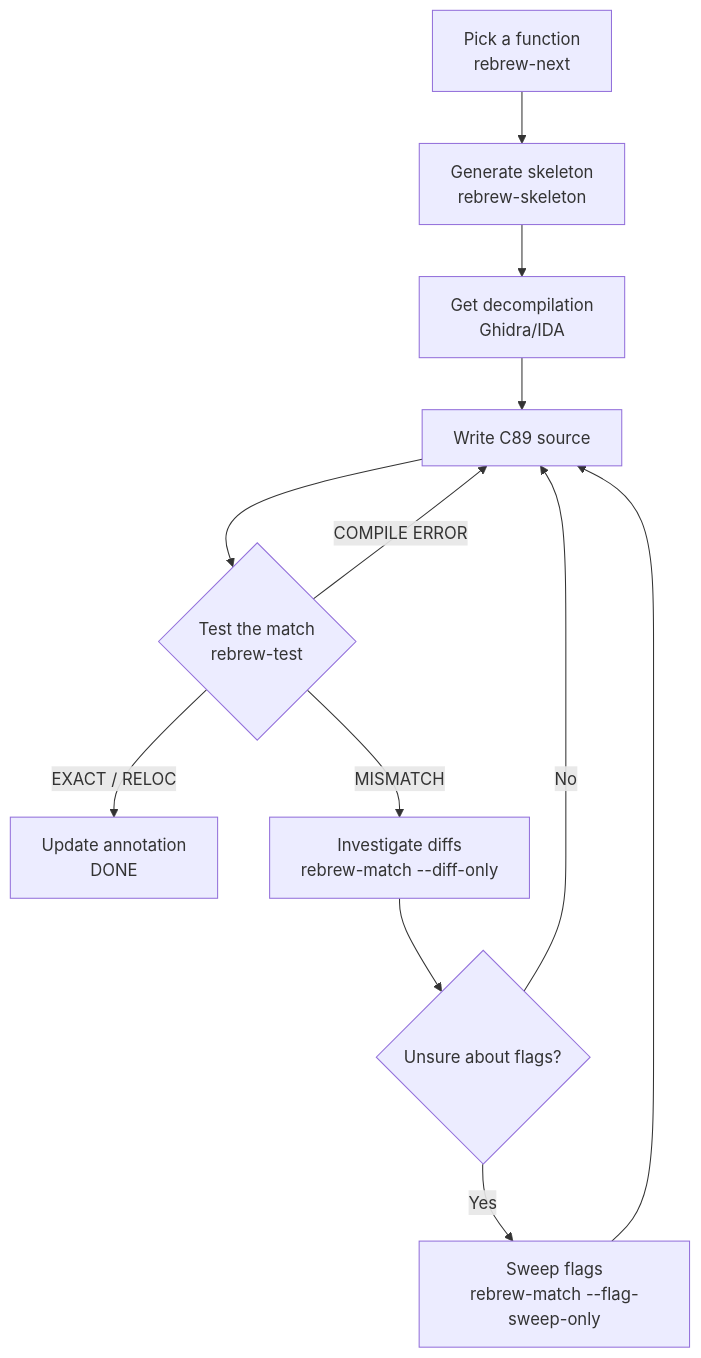
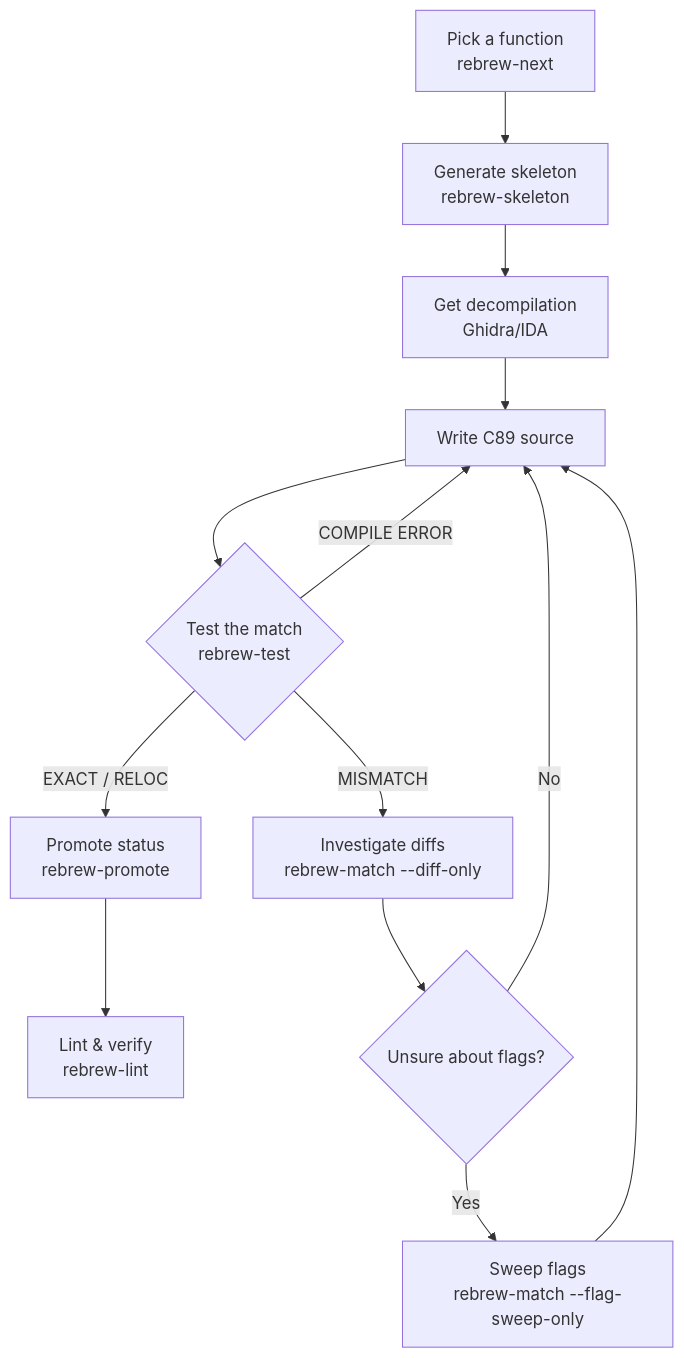
The diagram in docs/WORKFLOW.md (maci0/rebrew), drawn with Mermaid before and after one commit. The commit also changed other lines of this file and 3 other files, not shown here.

````diff
--- a/docs/WORKFLOW.md
+++ b/docs/WORKFLOW.md
@@ -96,14 +100,15 @@
 ```mermaid
 graph TD
     Pick[Pick a function<br/>rebrew-next] --> Gen[Generate skeleton<br/>rebrew-skeleton]
     Gen --> Decomp[Get decompilation<br/>Ghidra/IDA]
     Decomp --> Write[Write C89 source]
     Write --> Test{Test the match<br/>rebrew-test}
-    Test -->|EXACT / RELOC| Done[Update annotation<br/>DONE]
+    Test -->|EXACT / RELOC| Promote[Promote status<br/>rebrew-promote]
     Test -->|MISMATCH| Diff[Investigate diffs<br/>rebrew-match --diff-only]
     Test -->|COMPILE ERROR| Write
+    Promote --> Lint[Lint & verify<br/>rebrew-lint]
     Diff --> Flags{Unsure about flags?}
     Flags -->|Yes| Sweep[Sweep flags<br/>rebrew-match --flag-sweep-only]
     Sweep --> Write
     Flags -->|No| Write
 ```
````
